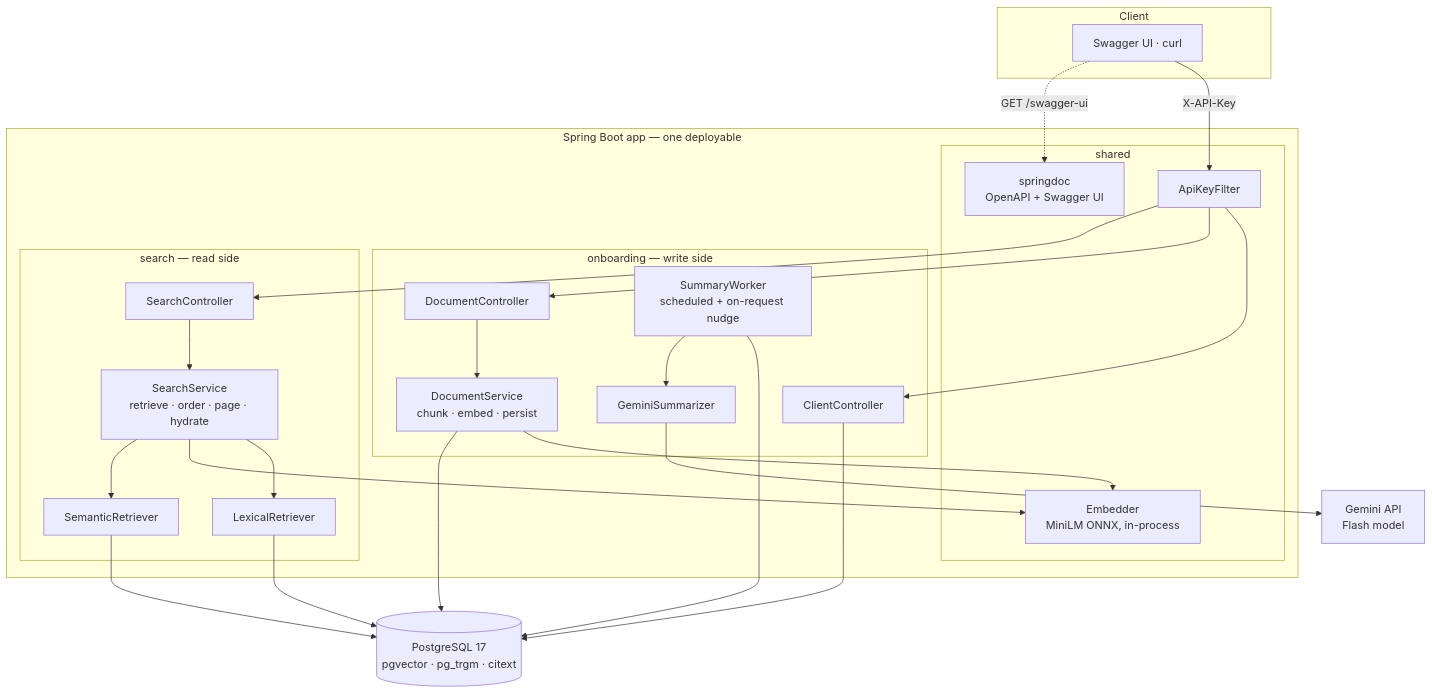
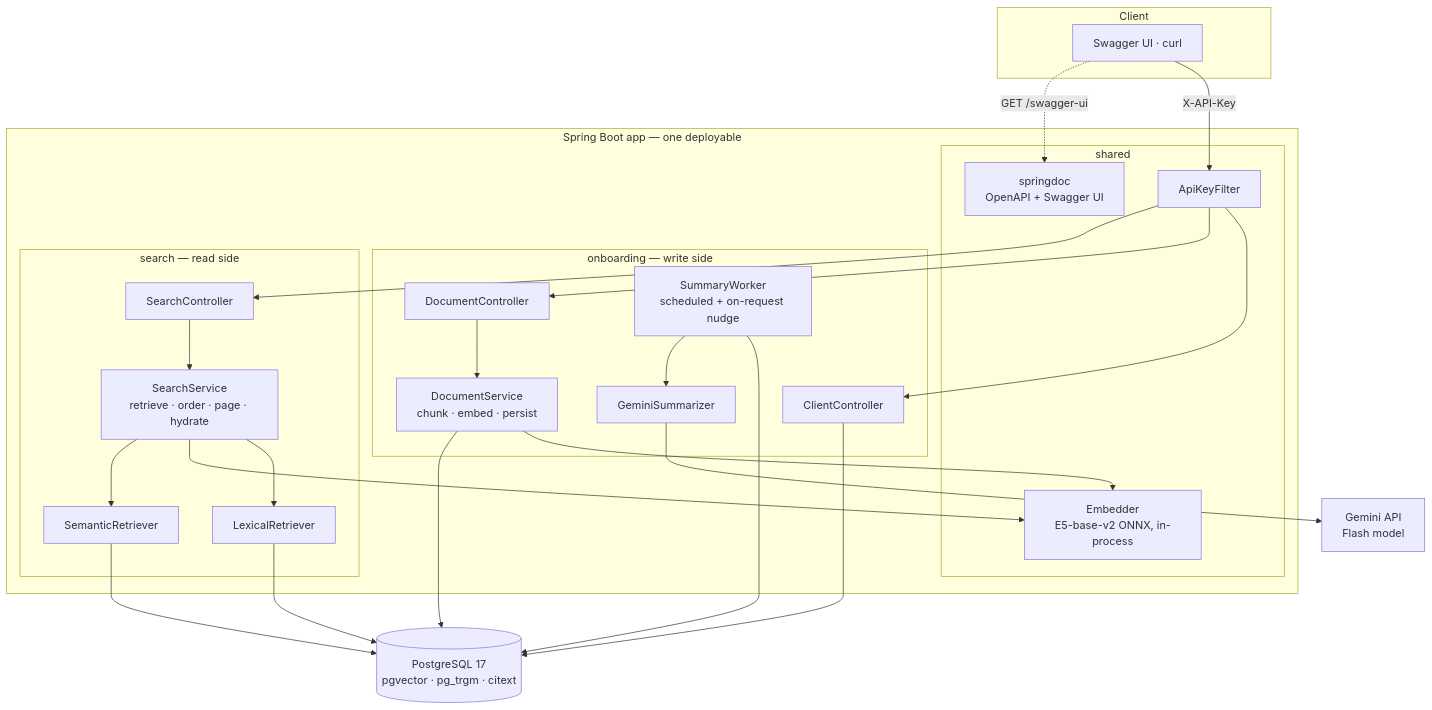
The first of 5 diagrams in docs/system-design.md (TsybulskyStepan/unified-search), drawn with Mermaid before and after one commit. The commit also changed other lines of this file and 17 other files, not shown here.

````diff
--- a/docs/system-design.md
+++ b/docs/system-design.md
@@ -24,43 +24,43 @@
 ```mermaid
 flowchart TB
     subgraph Client
         UI[Swagger UI · curl]
     end
 
     subgraph App["Spring Boot app — one deployable"]
         subgraph Shared["shared"]
             F[ApiKeyFilter]
-            EMB[Embedder<br/>MiniLM ONNX, in-process]
+            EMB[Embedder<br/>E5-base-v2 ONNX, in-process]
             DOCS[springdoc<br/>OpenAPI + Swagger UI]
         end
         subgraph Onboarding["onboarding — write side"]
             CC[ClientController]
             DC[DocumentController]
             DS[DocumentService<br/>chunk · embed · persist]
             SW[SummaryWorker<br/>scheduled + on-request nudge]
             SUM[GeminiSummarizer]
         end
         subgraph Search["search — read side"]
             SC[SearchController]
             SS[SearchService<br/>retrieve · order · page · hydrate]
             LR[LexicalRetriever]
             SR[SemanticRetriever]
         end
     end
 
     PG[(PostgreSQL 17<br/>pgvector · pg_trgm · citext)]
     VX[Gemini API<br/>Flash model]
 
     UI -->|X-API-Key| F
     F --> CC & DC & SC
     CC --> PG
     DC --> DS --> EMB
     DS --> PG
     SC --> SS
     SS --> LR --> PG
     SS --> EMB
     SS --> SR --> PG
     SW --> PG
     SW --> SUM --> VX
     UI -.->|GET /swagger-ui| DOCS
 ```
````
